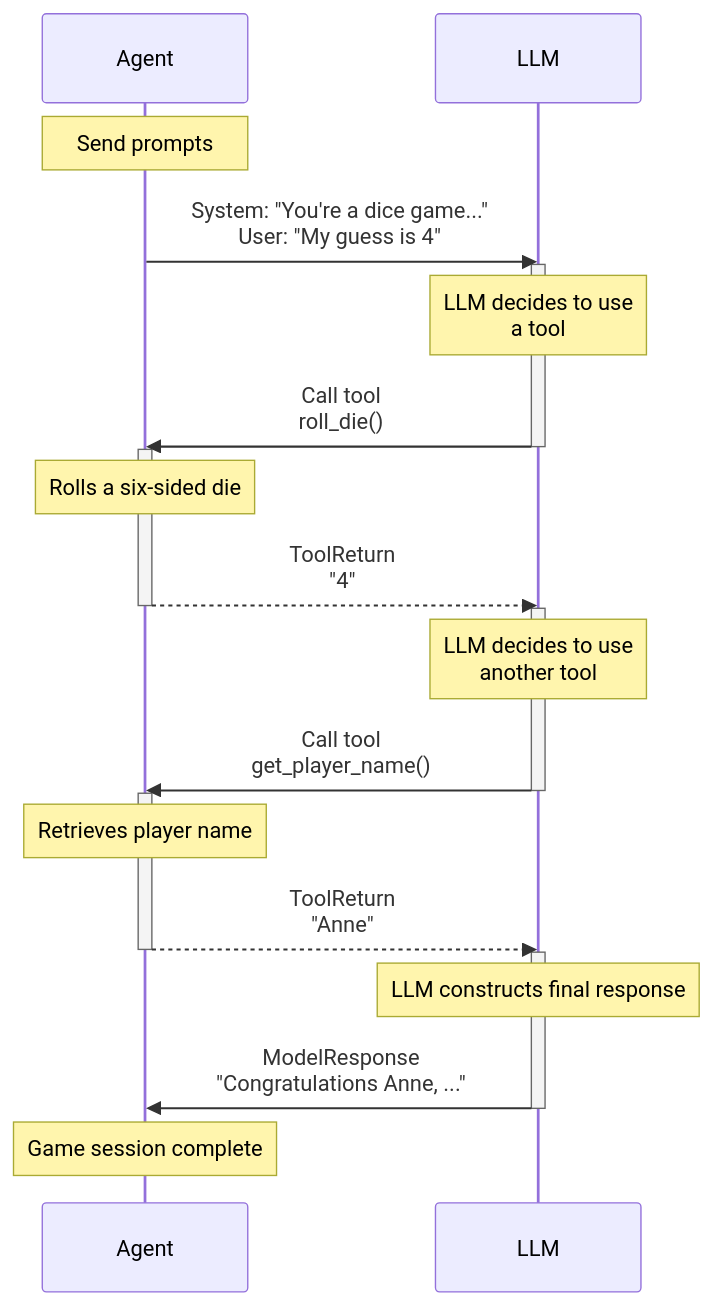
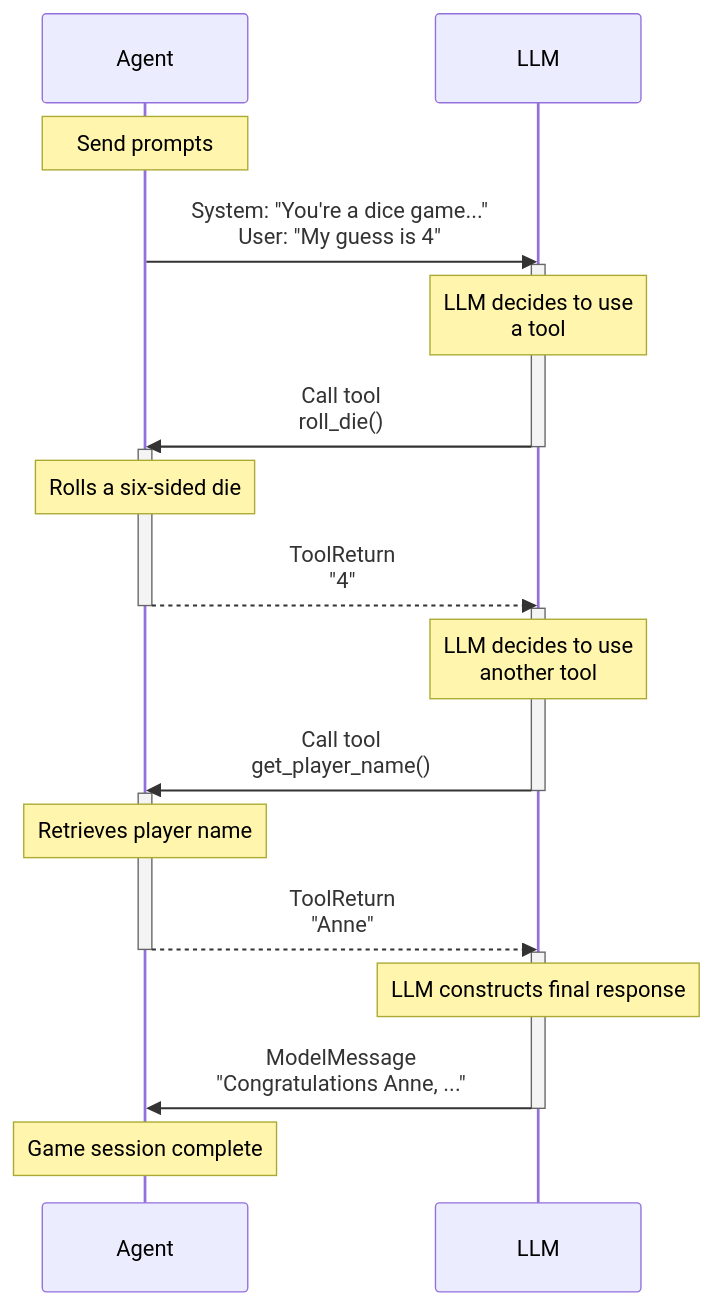
The diagram in docs/tools.md (pydantic/pydantic-ai), drawn with Mermaid before and after one commit. The commit also changed 6 other files, not shown here.

````diff
--- a/docs/tools.md
+++ b/docs/tools.md
@@ -149,33 +149,33 @@
 ```mermaid
 sequenceDiagram
     participant Agent
     participant LLM
 
     Note over Agent: Send prompts
     Agent ->> LLM: System: "You're a dice game..."<br>User: "My guess is 4"
     activate LLM
     Note over LLM: LLM decides to use<br>a tool
 
     LLM ->> Agent: Call tool<br>roll_die()
     deactivate LLM
     activate Agent
     Note over Agent: Rolls a six-sided die
 
     Agent -->> LLM: ToolReturn<br>"4"
     deactivate Agent
     activate LLM
     Note over LLM: LLM decides to use<br>another tool
 
     LLM ->> Agent: Call tool<br>get_player_name()
     deactivate LLM
     activate Agent
     Note over Agent: Retrieves player name
     Agent -->> LLM: ToolReturn<br>"Anne"
     deactivate Agent
     activate LLM
     Note over LLM: LLM constructs final response
 
-    LLM ->> Agent: ModelResponse<br>"Congratulations Anne, ..."
+    LLM ->> Agent: ModelMessage<br>"Congratulations Anne, ..."
     deactivate LLM
     Note over Agent: Game session complete
 ```
````
